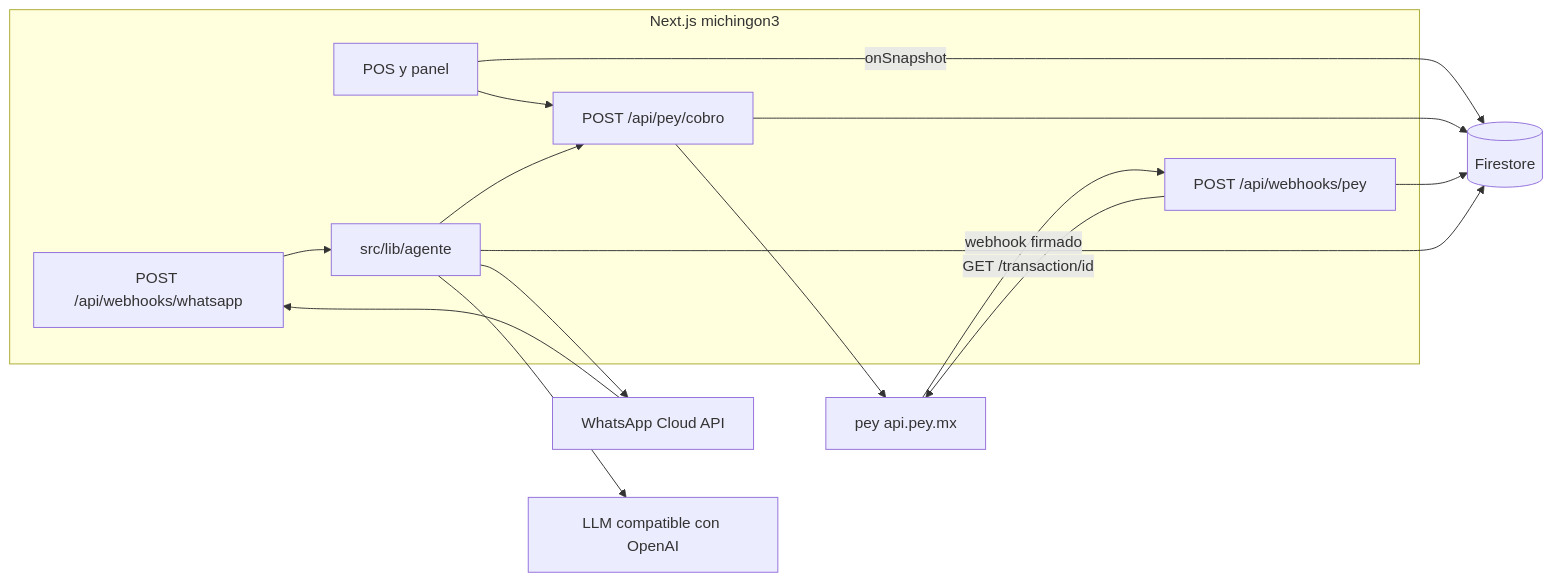
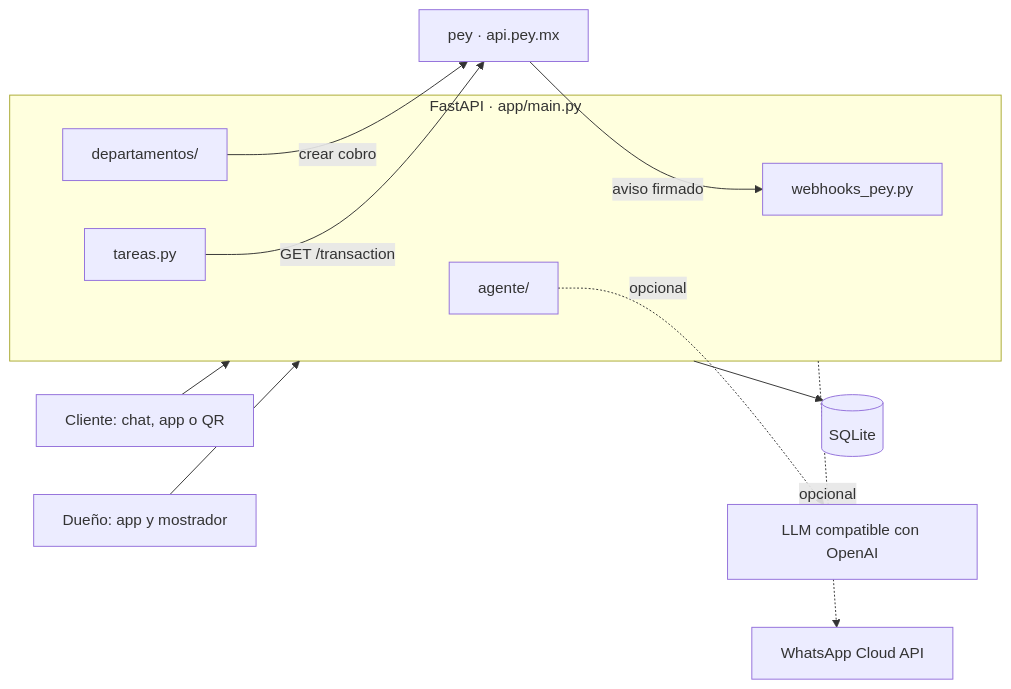
The first of 2 diagrams in ARQUITECTURA.md (Cancercervero/Pagos), drawn with Mermaid before and after one commit. The commit also changed other lines of this file and 6 other files, not shown here.

````diff
--- a/ARQUITECTURA.md
+++ b/ARQUITECTURA.md
@@ -11,28 +7,17 @@
 ```mermaid
 flowchart LR
-  subgraph app [Next.js michingon3]
-    POS[POS y panel]
-    Cobro["POST /api/pey/cobro"]
-    HookPey["POST /api/webhooks/pey"]
-    HookWa["POST /api/webhooks/whatsapp"]
-    Agente["src/lib/agente"]
+  Cliente[Cliente: chat, app o QR] --> API
+  Dueno[Dueño: app y mostrador] --> API
+  subgraph API [FastAPI · app/main.py]
+    Agente[agente/]
+    Deptos[departamentos/]
+    Hook[webhooks_pey.py]
+    Tareas[tareas.py]
   end
-  FS[(Firestore)]
-  Pey[pey api.pey.mx]
-  WA[WhatsApp Cloud API]
-  LLM[LLM compatible con OpenAI]
-
-  POS --> Cobro
-  POS -->|onSnapshot| FS
-  Cobro --> Pey
-  Cobro --> FS
-  Pey -->|webhook firmado| HookPey
-  HookPey -->|GET /transaction/id| Pey
-  HookPey --> FS
-  WA --> HookWa
-  HookWa --> Agente
-  Agente --> LLM
-  Agente --> FS
-  Agente --> Cobro
-  Agente --> WA
+  API --> DB[(SQLite)]
+  Deptos -->|crear cobro| Pey[pey · api.pey.mx]
+  Pey -->|aviso firmado| Hook
+  Tareas -->|GET /transaction| Pey
+  Agente -.->|opcional| LLM[LLM compatible con OpenAI]
+  API -.->|opcional| WA[WhatsApp Cloud API]
 ```
````
